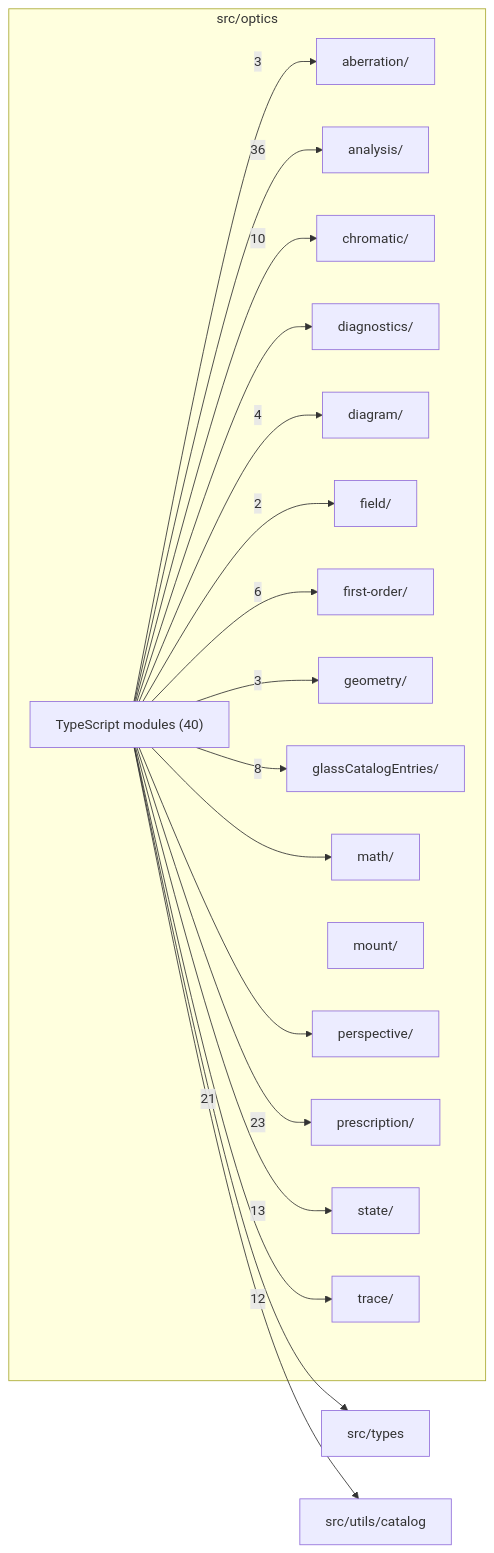
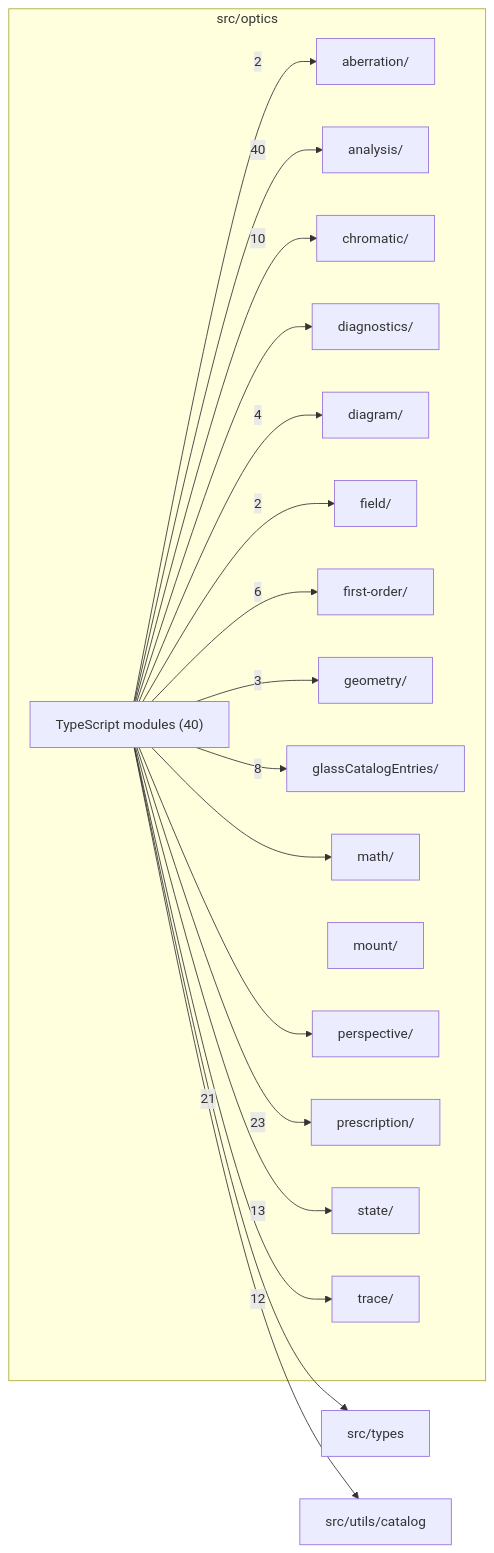
The diagram in src/optics/readme.md (ronbuening/LensVisualizer), drawn with Mermaid before and after one commit. The commit also changed other lines of this file and 43 other files, not shown here.

````diff
--- a/src/optics/readme.md
+++ b/src/optics/readme.md
@@ -9,39 +9,39 @@
 ```mermaid
 flowchart LR
   subgraph n_src_optics["src/optics"]
     n_src_optics_src_optics_aberration["aberration/"]
     n_src_optics_src_optics_analysis["analysis/"]
     n_src_optics_src_optics_chromatic["chromatic/"]
     n_src_optics_src_optics_diagnostics["diagnostics/"]
     n_src_optics_src_optics_diagram["diagram/"]
     n_src_optics_src_optics_field["field/"]
     n_src_optics_src_optics_first_order["first-order/"]
     n_src_optics_src_optics_geometry["geometry/"]
     n_src_optics_src_optics_glassCatalogEntries["glassCatalogEntries/"]
     n_src_optics_src_optics_math["math/"]
     n_src_optics_src_optics_mount["mount/"]
     n_src_optics_src_optics_perspective["perspective/"]
     n_src_optics_src_optics_prescription["prescription/"]
     n_src_optics_src_optics_state["state/"]
     n_src_optics_src_optics_trace["trace/"]
     n_src_optics_TypeScript_modules["TypeScript modules (40)"]
   end
   n_external_src_types["src/types"]
   n_external_src_utils_catalog["src/utils/catalog"]
-  n_src_optics_TypeScript_modules --> |36| n_src_optics_src_optics_analysis
+  n_src_optics_TypeScript_modules --> |40| n_src_optics_src_optics_analysis
   n_src_optics_TypeScript_modules --> |23| n_src_optics_src_optics_prescription
   n_src_optics_TypeScript_modules --> |21| n_external_src_types
   n_src_optics_TypeScript_modules --> |13| n_src_optics_src_optics_state
   n_src_optics_TypeScript_modules --> |12| n_src_optics_src_optics_trace
   n_src_optics_TypeScript_modules --> |10| n_src_optics_src_optics_chromatic
   n_src_optics_TypeScript_modules --> |8| n_src_optics_src_optics_glassCatalogEntries
   n_src_optics_TypeScript_modules --> |6| n_src_optics_src_optics_first_order
   n_src_optics_TypeScript_modules --> |4| n_src_optics_src_optics_diagram
-  n_src_optics_TypeScript_modules --> |3| n_src_optics_src_optics_aberration
   n_src_optics_TypeScript_modules --> |3| n_src_optics_src_optics_geometry
+  n_src_optics_TypeScript_modules --> |2| n_src_optics_src_optics_aberration
   n_src_optics_TypeScript_modules --> |2| n_src_optics_src_optics_field
   n_src_optics_TypeScript_modules --> n_external_src_utils_catalog
   n_src_optics_TypeScript_modules --> n_src_optics_src_optics_diagnostics
   n_src_optics_TypeScript_modules --> n_src_optics_src_optics_math
   n_src_optics_TypeScript_modules --> n_src_optics_src_optics_perspective
 ```
````
